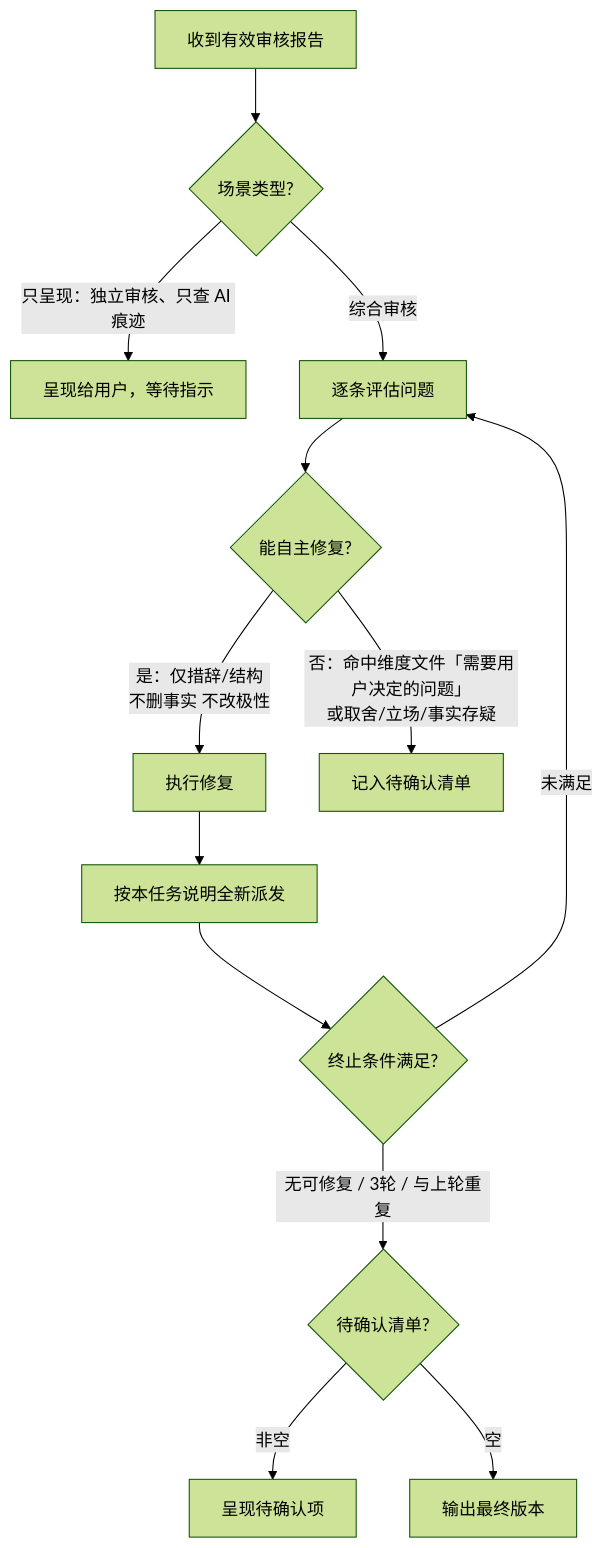
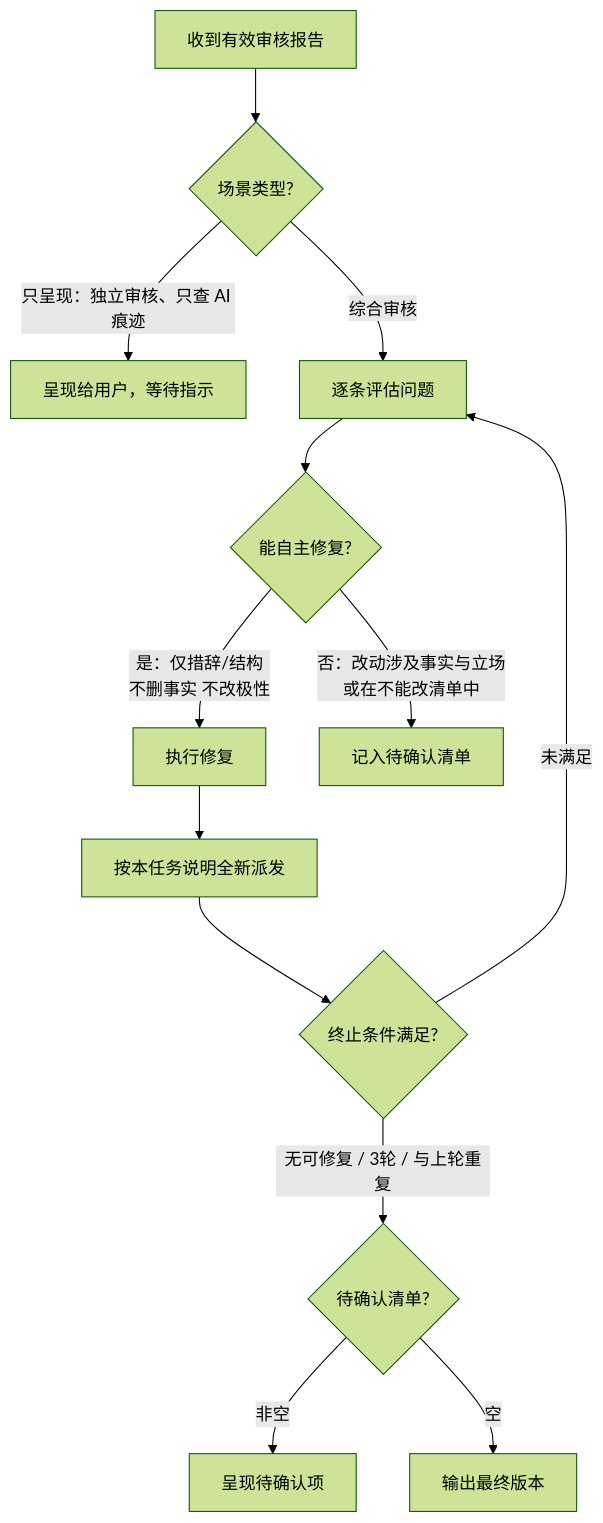
The diagram in skills/human-writing/agents/reviewer.md (AllynYonge/yonge-agent-toolset), drawn with Mermaid (forest theme) before and after one commit. The commit also changed other lines of this file and 37 other files, not shown here.

````diff
--- a/skills/human-writing/agents/reviewer.md
+++ b/skills/human-writing/agents/reviewer.md
@@ -104,15 +86,15 @@
 ```mermaid
 flowchart TD
     A[收到有效审核报告] --> B{场景类型?}
     B -->|只呈现：独立审核、只查 AI 痕迹| C[呈现给用户，等待指示]
     B -->|综合审核| D[逐条评估问题]
     D --> E{能自主修复?}
     E -->|是：仅措辞/结构<br>不删事实 不改极性| F[执行修复]
-    E -->|否：命中维度文件「需要用户决定的问题」<br>或取舍/立场/事实存疑| G[记入待确认清单]
+    E -->|否：改动涉及事实与立场<br>或在不能改清单中| G[记入待确认清单]
     F --> H[按本任务说明全新派发]
     H --> I{终止条件满足?}
     I -->|无可修复 / 3轮 / 与上轮重复| J{待确认清单?}
     I -->|未满足| D
     J -->|非空| K[呈现待确认项]
     J -->|空| L[输出最终版本]
 ```
````
